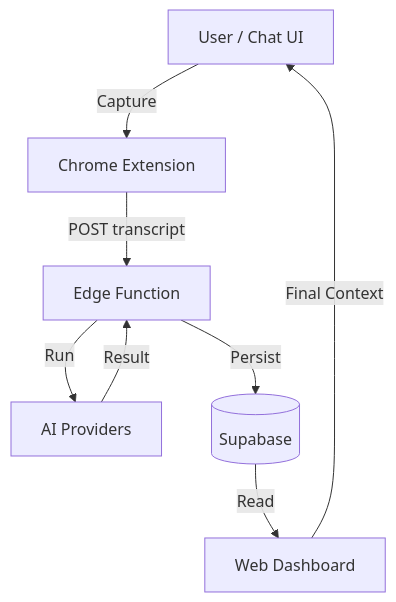
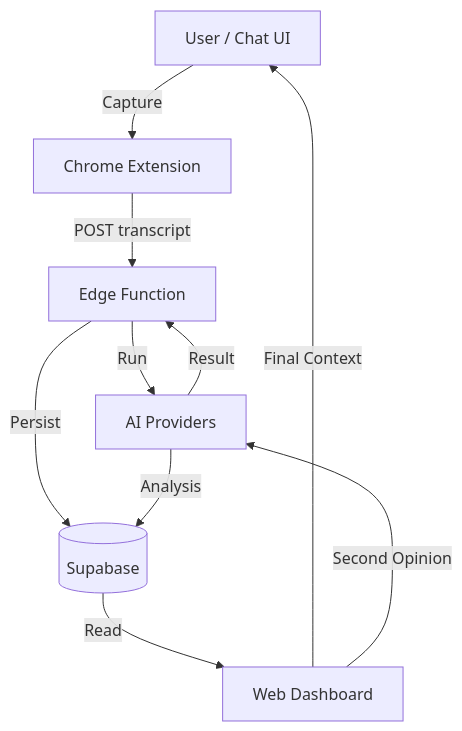
The diagram in README.md (SuperfiedStudd/context-parking), drawn with Mermaid before and after one commit.

Commit message:
docs: clean diagram 2

````diff
--- a/README.md
+++ b/README.md
@@ -19,12 +19,14 @@
 ```mermaid
 graph TD
   USER["User / Chat UI"]
 
   USER -- Capture --> EXT["Chrome Extension"]
   EXT -- POST transcript --> EDGE["Edge Function"]
   EDGE -- Run --> AI["AI Providers"]
   AI -- Result --> EDGE
   EDGE -- Persist --> DB[("Supabase")]
   DB -- Read --> DASH["Web Dashboard"]
   DASH -- Final Context --> USER
+  DASH -- Second Opinion --> AI
+  AI -- Analysis --> DB
 ```
````
